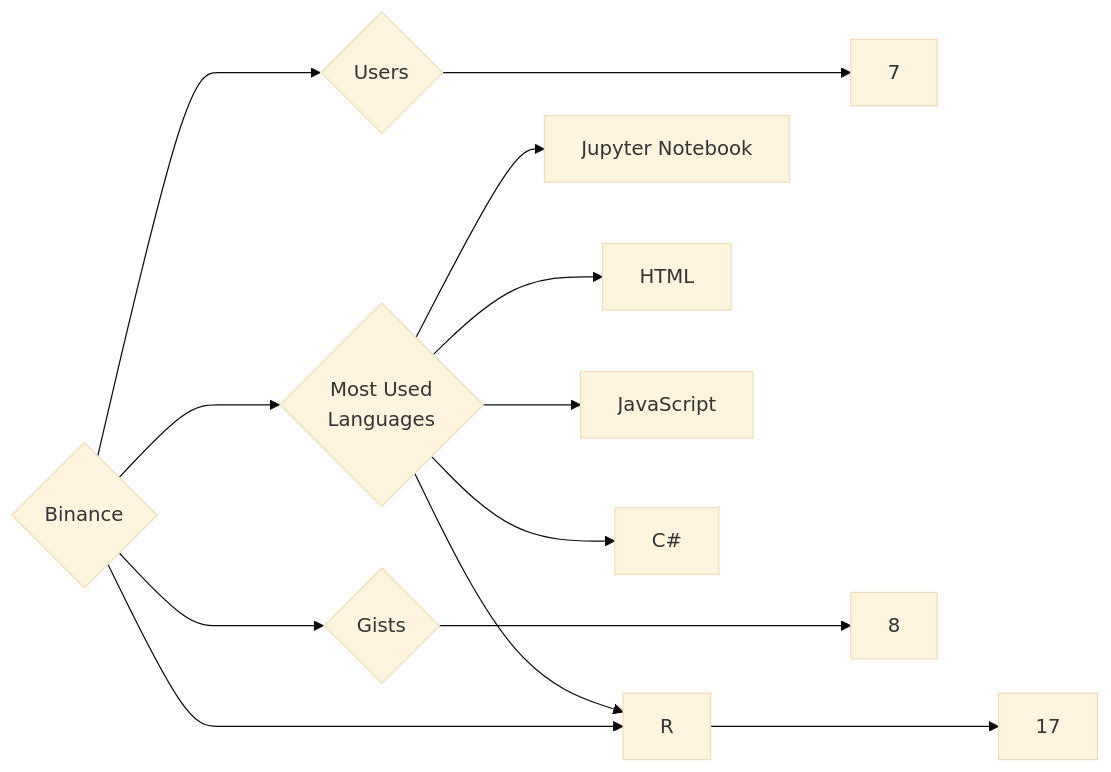
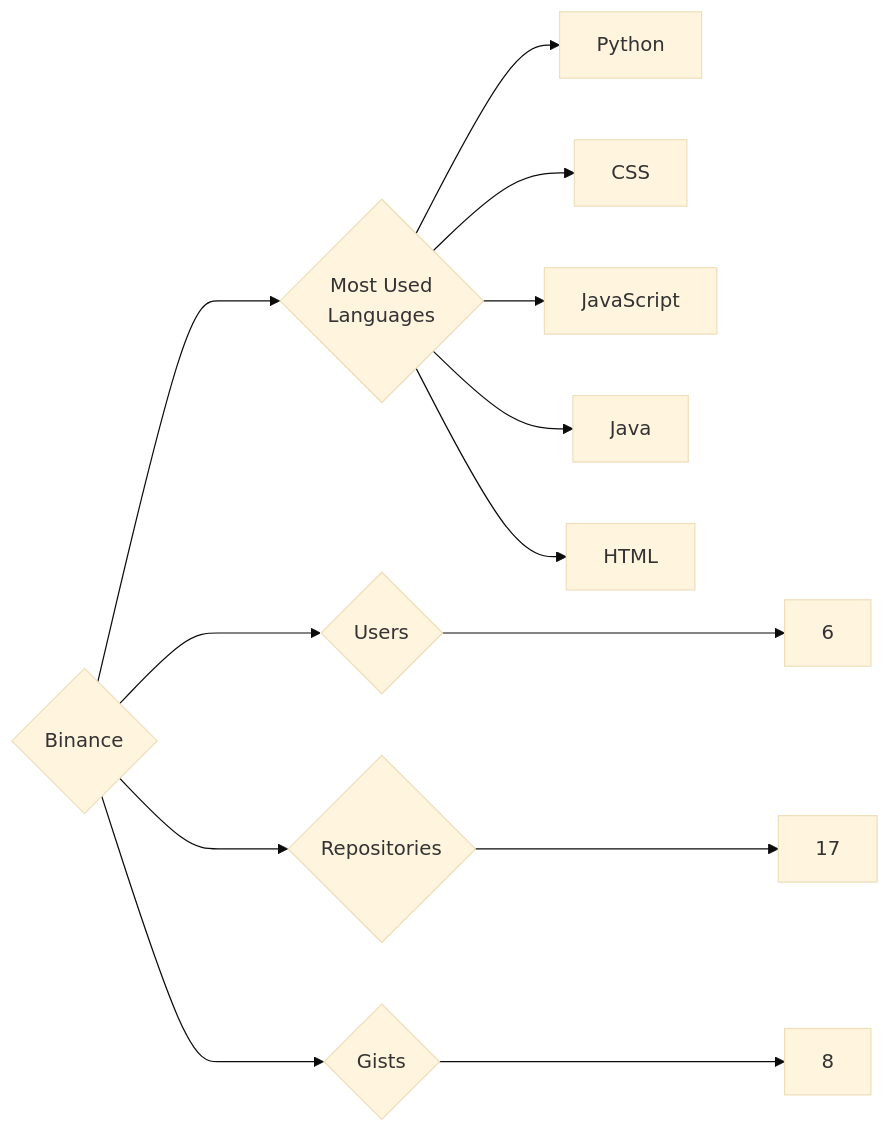
One commit to trickest/insiders changed the diagram in targets/Binance/README.md. Above: the diagram before and after it, drawn with Mermaid (base theme). The commit also changed 559 other files, not shown here.

````diff
--- a/targets/Binance/README.md
+++ b/targets/Binance/README.md
@@ -3,13 +3,13 @@
 ```mermaid
 graph LR
 COMPANY_NAME{Binance}
-COMPANY_NAME ---> U{Users} ---> UN[7]
+COMPANY_NAME ---> U{Users} ---> UN[6]
 COMPANY_NAME ---> R{Repositories} ---> RN[17]
 COMPANY_NAME ---> G{Gists} ---> GN[8]
 COMPANY_NAME ---> ML{Most Used<br>Languages}
-ML --> Jupyter_Notebook[Jupyter Notebook]
+ML --> Python[Python]
+ML --> CSS[CSS]
+ML --> JavaScript[JavaScript]
+ML --> Java[Java]
 ML --> HTML[HTML]
-ML --> JavaScript[JavaScript]
-ML --> C#[C#]
-ML --> R[R]
 ```
````
